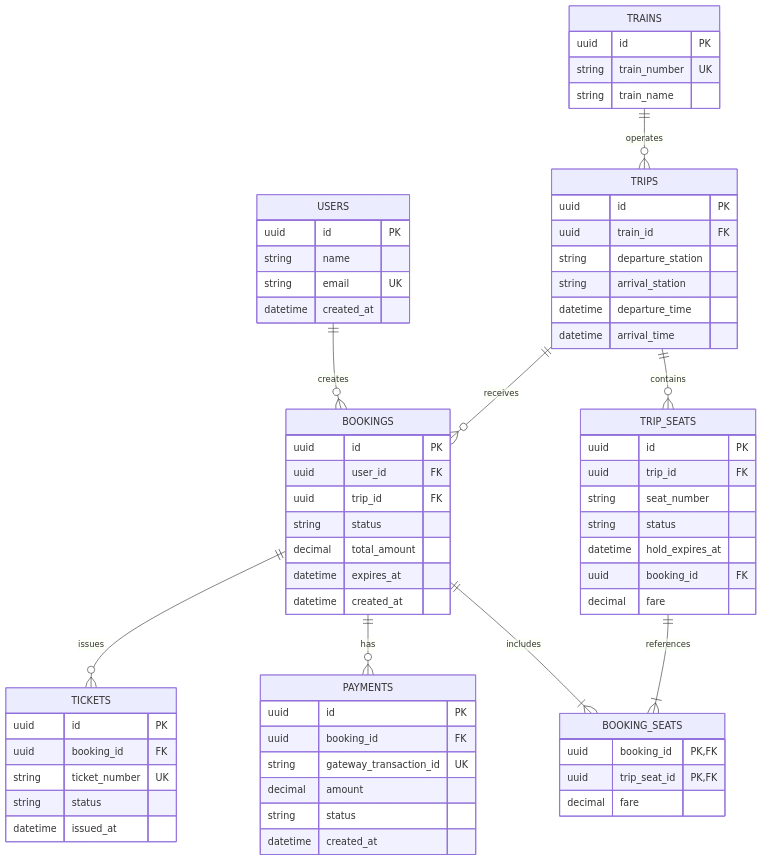
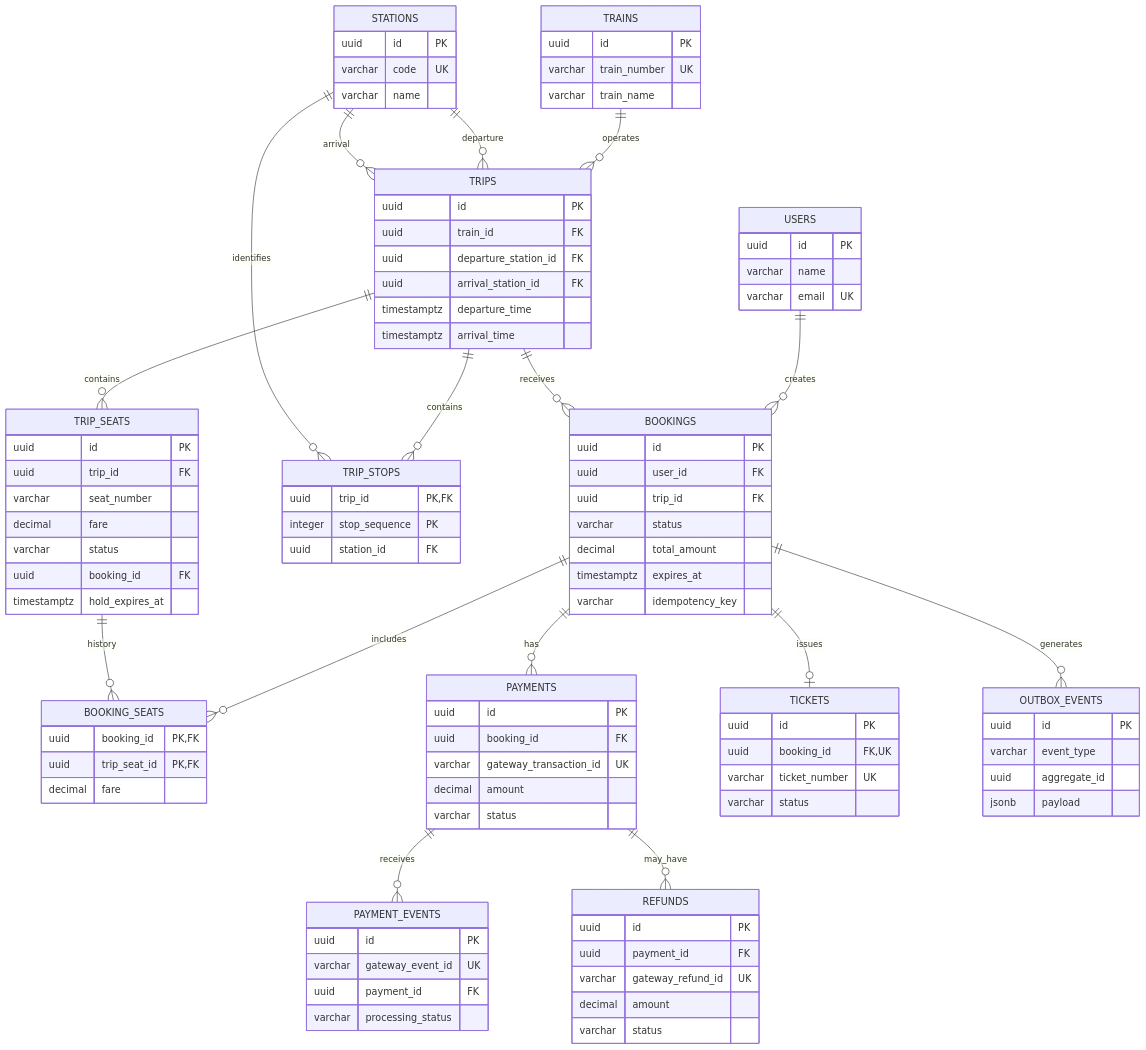
Before and after one commit to Murad134/System-Design-Playbook: the sixth of 7 diagrams in A Train Ticket Booking System/README.md, drawn with Mermaid. The commit also changed other lines of this file, not shown here.

````diff
--- a/A Train Ticket Booking System/README.md
+++ b/A Train Ticket Booking System/README.md
@@ -1275,56 +1555,79 @@
 ``` mermaid
+
 erDiagram
-    USERS ||--o{ BOOKINGS : "creates"
-    TRAINS ||--o{ TRIPS : "operates"
-    TRIPS ||--o{ TRIP_SEATS : "contains"
-    TRIPS ||--o{ BOOKINGS : "receives"
-    
-    BOOKINGS ||--|{ BOOKING_SEATS : "includes"
-    TRIP_SEATS ||--|{ BOOKING_SEATS : "references"
-    
-    BOOKINGS ||--o{ PAYMENTS : "has"
-    BOOKINGS ||--o{ TICKETS : "issues"
+    USERS ||--o{ BOOKINGS : creates
+    TRAINS ||--o{ TRIPS : operates
+
+    STATIONS ||--o{ TRIPS : departure
+    STATIONS ||--o{ TRIPS : arrival
+
+    TRIPS ||--o{ TRIP_STOPS : contains
+    STATIONS ||--o{ TRIP_STOPS : identifies
+
+    TRIPS ||--o{ TRIP_SEATS : contains
+    TRIPS ||--o{ BOOKINGS : receives
+
+    BOOKINGS ||--o{ BOOKING_SEATS : includes
+    TRIP_SEATS ||--o{ BOOKING_SEATS : history
+
+    BOOKINGS ||--o{ PAYMENTS : has
+    PAYMENTS ||--o{ PAYMENT_EVENTS : receives
+    BOOKINGS ||--o| TICKETS : issues
+    PAYMENTS ||--o{ REFUNDS : may_have
+
+    BOOKINGS ||--o{ OUTBOX_EVENTS : generates
 
     USERS {
         uuid id PK
-        string name
-        string email UK
-        datetime created_at
+        varchar name
+        varchar email UK
     }
 
     TRAINS {
         uuid id PK
-        string train_number UK
-        string train_name
+        varchar train_number UK
+        varchar train_name
+    }
+
+    STATIONS {
+        uuid id PK
+        varchar code UK
+        varchar name
     }
 
     TRIPS {
         uuid id PK
         uuid train_id FK
-        string departure_station
-        string arrival_station
-        datetime departure_time
-        datetime arrival_time
+        uuid departure_station_id FK
+        uuid arrival_station_id FK
+        timestamptz departure_time
+        timestamptz arrival_time
+    }
+
+    TRIP_STOPS {
+        uuid trip_id PK,FK
+        integer stop_sequence PK
+        uuid station_id FK
     }
 
     TRIP_SEATS {
         uuid id PK
         uuid trip_id FK
-        string seat_number
-        string status
-        datetime hold_expires_at
+        varchar seat_number
+        decimal fare
+        varchar status
         uuid booking_id FK
-        decimal fare
+        timestamptz hold_expires_at
     }
 
     BOOKINGS {
         uuid id PK
         uuid user_id FK
         uuid trip_id FK
-        string status
+        varchar status
         decimal total_amount
-        datetime expires_at
-        datetime created_at
+        timestamptz expires_at
+        varchar idempotency_key
     }
 
     BOOKING_SEATS {
@@ -1336,17 +1639,37 @@
     PAYMENTS {
         uuid id PK
         uuid booking_id FK
-        string gateway_transaction_id UK
+        varchar gateway_transaction_id UK
         decimal amount
-        string status
-        datetime created_at
+        varchar status
+    }
+
+    PAYMENT_EVENTS {
+        uuid id PK
+        varchar gateway_event_id UK
+        uuid payment_id FK
+        varchar processing_status
     }
 
     TICKETS {
         uuid id PK
-        uuid booking_id FK
-        string ticket_number UK
-        string status
-        datetime issued_at
+        uuid booking_id FK,UK
+        varchar ticket_number UK
+        varchar status
+    }
+
+    REFUNDS {
+        uuid id PK
+        uuid payment_id FK
+        varchar gateway_refund_id UK
+        decimal amount
+        varchar status
+    }
+
+    OUTBOX_EVENTS {
+        uuid id PK
+        varchar event_type
+        uuid aggregate_id
+        jsonb payload
     }
 ```
````
